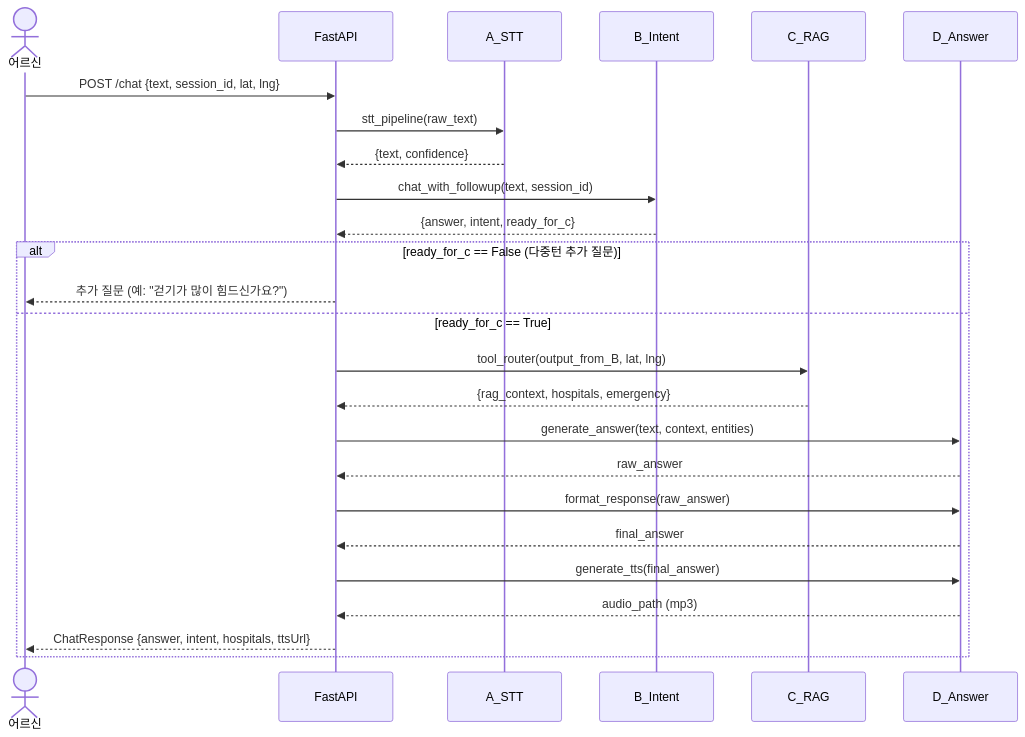
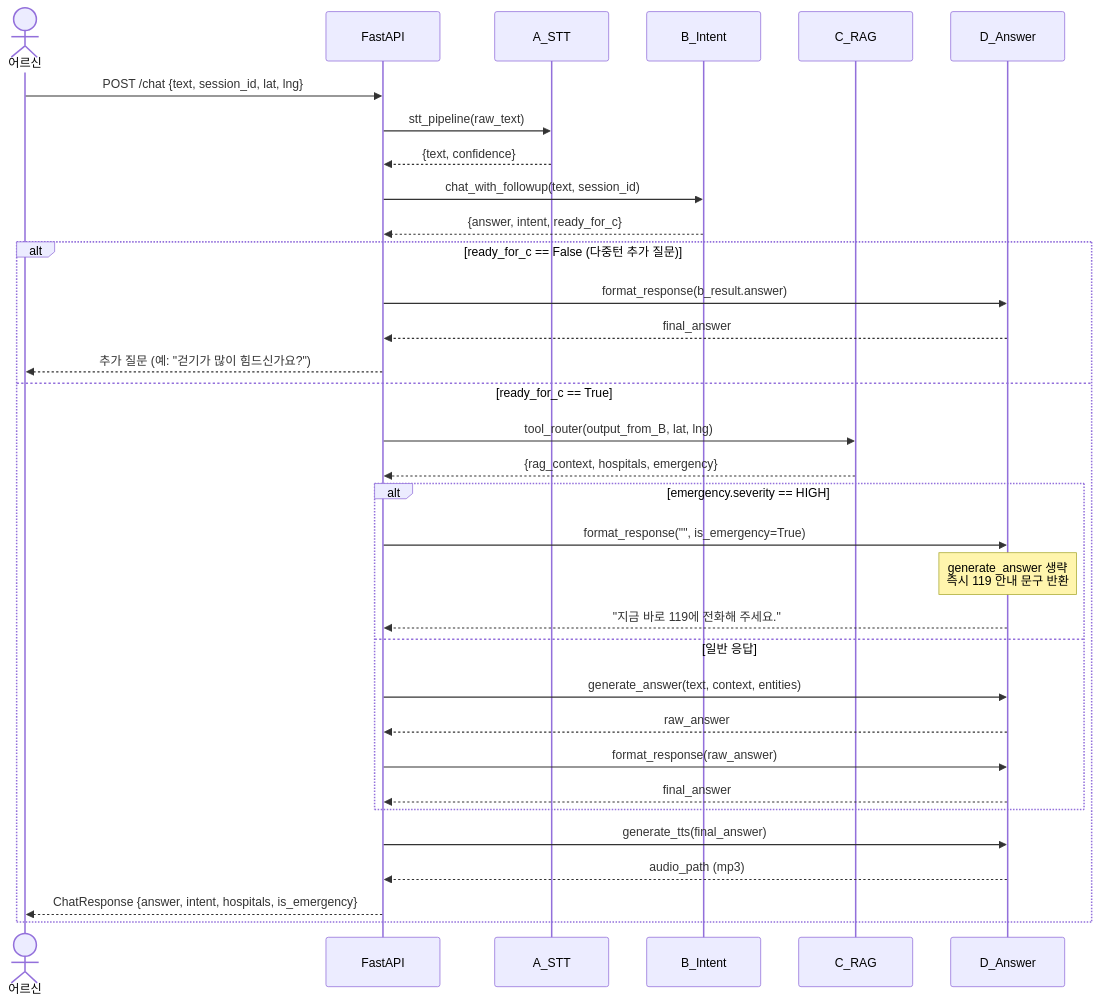
Before and after one commit to lg-hellovision-dx-data-school/LGHelloDoctor: the sixth of 8 diagrams in docs/diagrams.md, drawn with Mermaid. The commit also changed other lines of this file, not shown here.

Commit message:
fix: 다이어그램 오류 수정 (응급 흐름, full_pipeline, ChatResponse)
- 전체 파이프라인 시퀀스: 응급 시 C팀 거친 후 D팀에서 generate_answer 생략 흐름 정정
- 응급 감지 시퀀스: B팀이 바로 반환하지 않고 C팀 통해 severity 판단하는 구조로 수정
- FastAPI 스키마: full_pipeline() 통합 함수 추가
- ChatResponse: ttsUrl → is_emergency 로 실제 Pydantic 모델과 일치시킴

````diff
--- a/docs/diagrams.md
+++ b/docs/diagrams.md
@@ -195,34 +201,41 @@
 ```mermaid
 sequenceDiagram
     actor 어르신
     participant FastAPI
     participant A_STT
     participant B_Intent
     participant C_RAG
     participant D_Answer
 
     어르신->>FastAPI: POST /chat {text, session_id, lat, lng}
     FastAPI->>A_STT: stt_pipeline(raw_text)
     A_STT-->>FastAPI: {text, confidence}
 
     FastAPI->>B_Intent: chat_with_followup(text, session_id)
     B_Intent-->>FastAPI: {answer, intent, ready_for_c}
 
     alt ready_for_c == False (다중턴 추가 질문)
+        FastAPI->>D_Answer: format_response(b_result.answer)
+        D_Answer-->>FastAPI: final_answer
         FastAPI-->>어르신: 추가 질문 (예: "걷기가 많이 힘드신가요?")
     else ready_for_c == True
         FastAPI->>C_RAG: tool_router(output_from_B, lat, lng)
         C_RAG-->>FastAPI: {rag_context, hospitals, emergency}
 
-        FastAPI->>D_Answer: generate_answer(text, context, entities)
-        D_Answer-->>FastAPI: raw_answer
-
-        FastAPI->>D_Answer: format_response(raw_answer)
-        D_Answer-->>FastAPI: final_answer
+        alt emergency.severity == HIGH
+            FastAPI->>D_Answer: format_response("", is_emergency=True)
+            Note over D_Answer: generate_answer 생략<br/>즉시 119 안내 문구 반환
+            D_Answer-->>FastAPI: "지금 바로 119에 전화해 주세요."
+        else 일반 응답
+            FastAPI->>D_Answer: generate_answer(text, context, entities)
+            D_Answer-->>FastAPI: raw_answer
+            FastAPI->>D_Answer: format_response(raw_answer)
+            D_Answer-->>FastAPI: final_answer
+        end
 
         FastAPI->>D_Answer: generate_tts(final_answer)
         D_Answer-->>FastAPI: audio_path (mp3)
 
-        FastAPI-->>어르신: ChatResponse {answer, intent, hospitals, ttsUrl}
+        FastAPI-->>어르신: ChatResponse {answer, intent, hospitals, is_emergency}
     end
 ```
````
